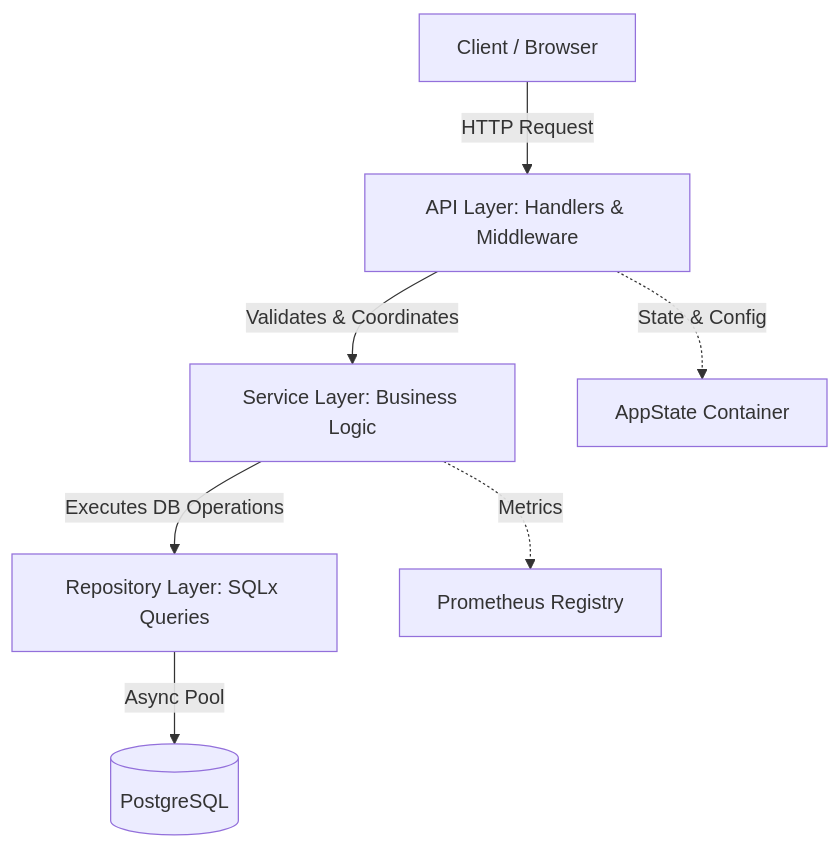
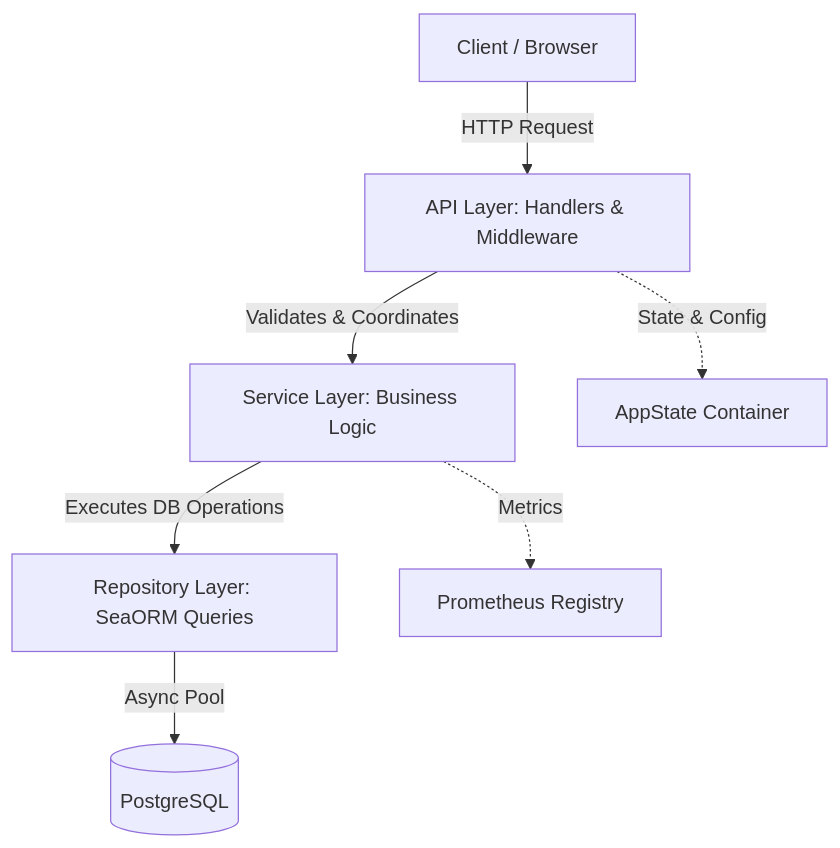
Before and after one commit to Serkhani/lnkshort: the first of 2 diagrams in docs/ARCHITECTURE.md, drawn with Mermaid. The commit also changed other lines of this file and 9 other files, not shown here.

````diff
--- a/docs/ARCHITECTURE.md
+++ b/docs/ARCHITECTURE.md
@@ -17,10 +17,10 @@
 ```mermaid
 graph TD
     Client[Client / Browser] -->|HTTP Request| API[API Layer: Handlers & Middleware]
     API -->|Validates & Coordinates| Service[Service Layer: Business Logic]
-    Service -->|Executes DB Operations| Repo[Repository Layer: SQLx Queries]
+    Service -->|Executes DB Operations| Repo[Repository Layer: SeaORM Queries]
     Repo -->|Async Pool| DB[(PostgreSQL)]
     
     API -.->|State & Config| State[AppState Container]
     Service -.->|Metrics| Prom[Prometheus Registry]
 ```
````
